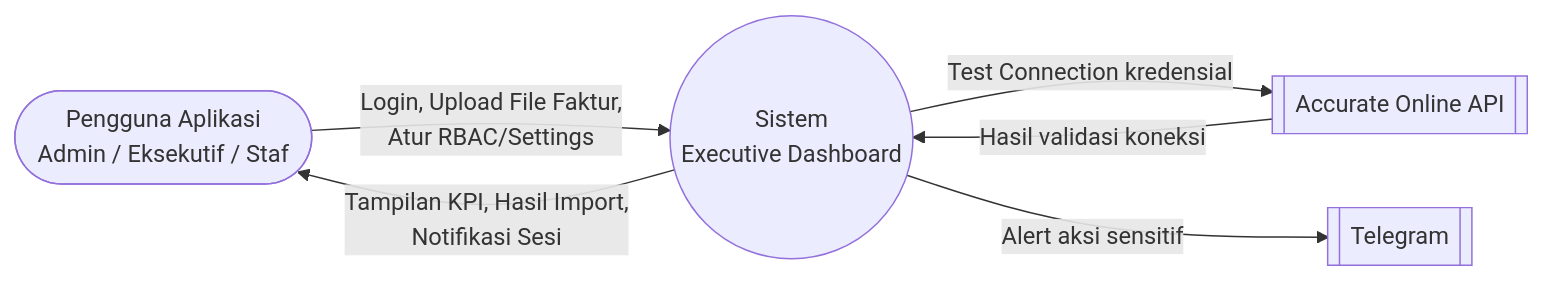
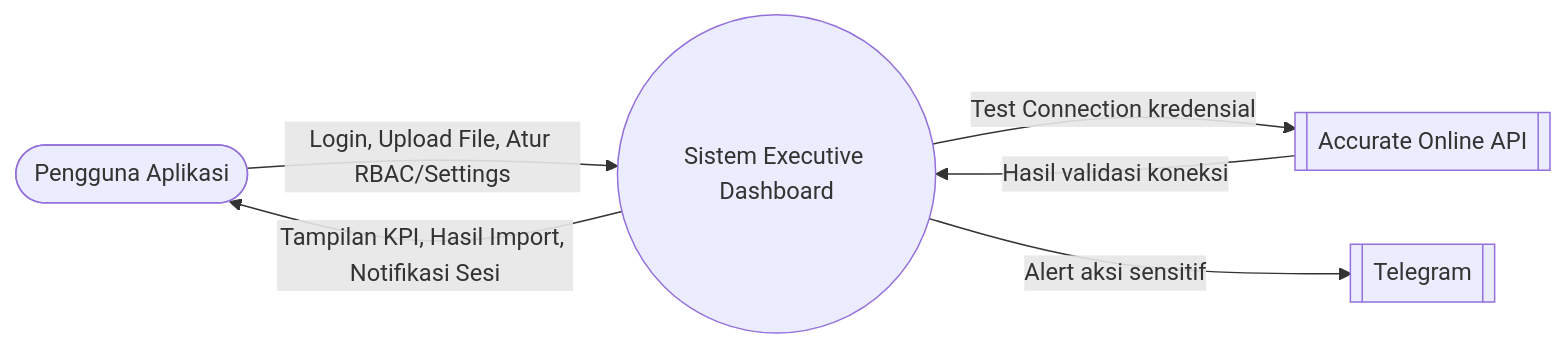
The first of 4 diagrams in dokumentasi_lengkap.md (wp-datascape/e-dashboard), drawn with Mermaid before and after one commit. The commit also changed other lines of this file and 21 other files, not shown here.

````diff
--- a/dokumentasi_lengkap.md
+++ b/dokumentasi_lengkap.md
@@ -346,15 +536,13 @@
 ```mermaid
 flowchart LR
-    User([Pengguna Aplikasi<br/>Admin / Eksekutif / Staf])
-    Sistem((Sistem<br/>Executive Dashboard))
+    User([Pengguna Aplikasi])
+    Sistem((Sistem Executive Dashboard))
     Accurate[[Accurate Online API]]
     Telegram[[Telegram]]
 
-    User -->|Login, Upload File Faktur,<br/>Atur RBAC/Settings| Sistem
-    Sistem -->|Tampilan KPI, Hasil Import,<br/>Notifikasi Sesi| User
-
+    User -->|Login, Upload File, Atur RBAC/Settings| Sistem
+    Sistem -->|Tampilan KPI, Hasil Import, Notifikasi Sesi| User
     Sistem -->|Test Connection kredensial| Accurate
     Accurate -->|Hasil validasi koneksi| Sistem
-
     Sistem -->|Alert aksi sensitif| Telegram
 ```
````
